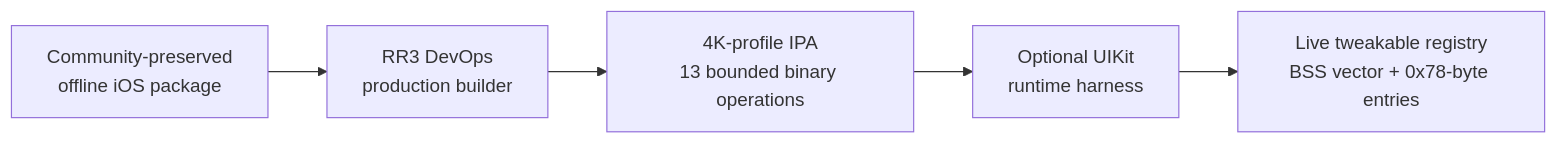
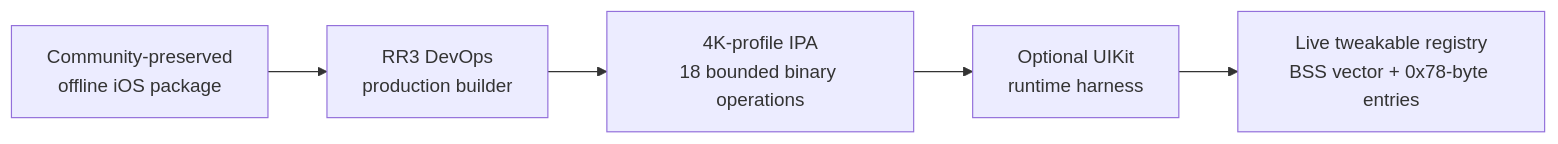
The diagram in README.md (Indegosblade/RR3-DevOps), drawn with Mermaid before and after one commit. The commit also changed other lines of this file and 20 other files, not shown here.

````diff
--- a/README.md
+++ b/README.md
@@ -41,7 +41,7 @@
 ```mermaid
 flowchart LR
     A["Community-preserved<br/>offline iOS package"] --> B["RR3 DevOps<br/>production builder"]
-    B --> C["4K-profile IPA<br/>13 bounded binary operations"]
+    B --> C["4K-profile IPA<br/>18 bounded binary operations"]
     C --> D["Optional UIKit<br/>runtime harness"]
     D --> E["Live tweakable registry<br/>BSS vector + 0x78-byte entries"]
 ```
````
